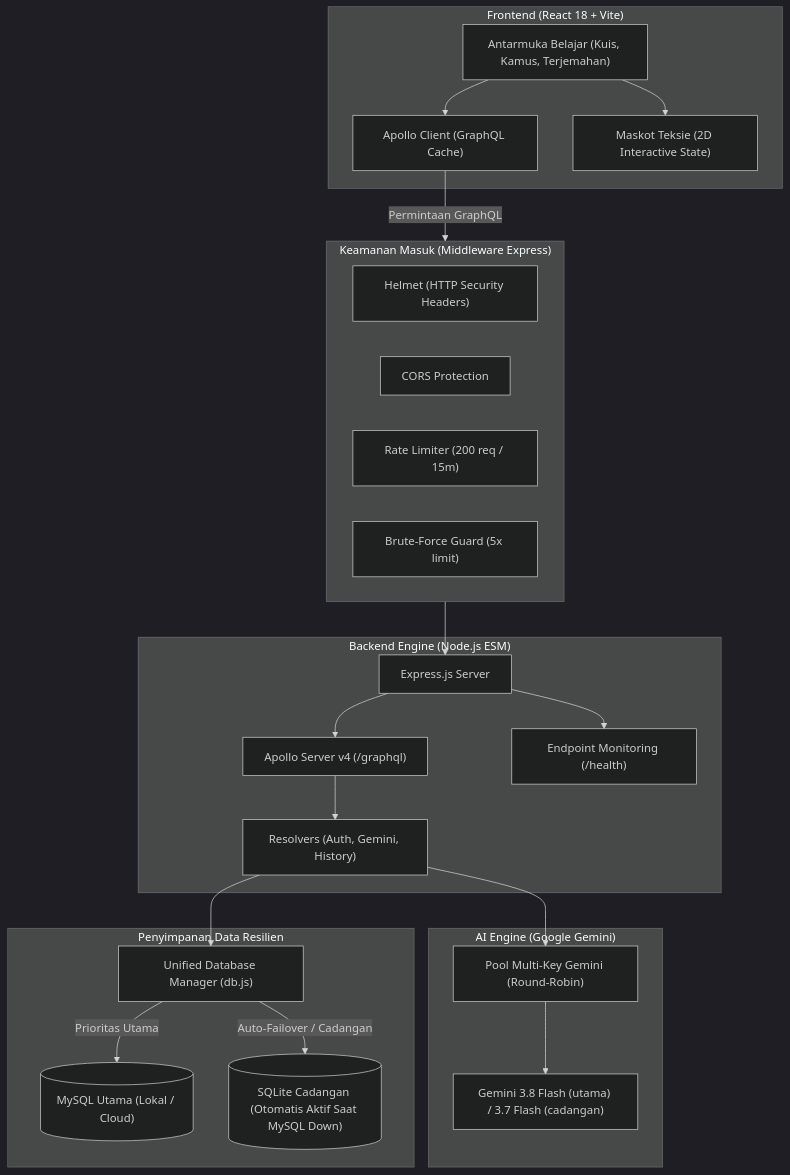
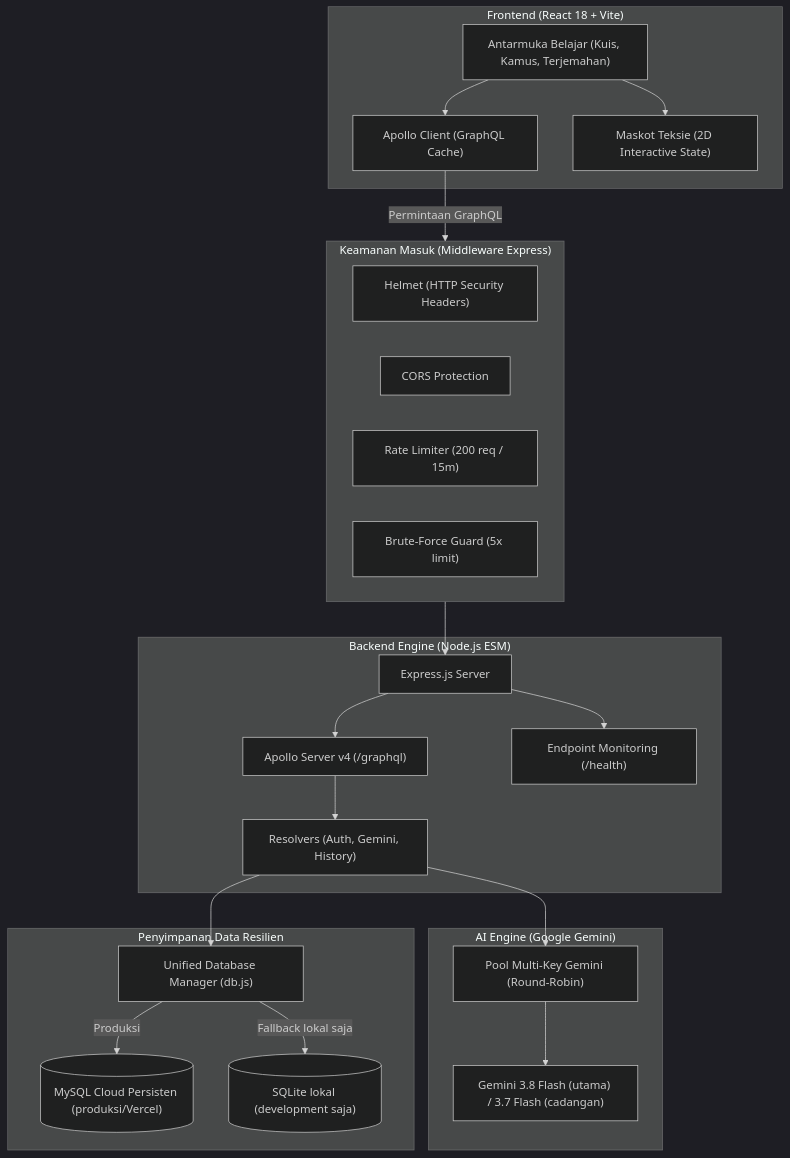
One commit to SlmAlhdr/pahamteks changed the diagram in docs/ARCHITECTURE.md. Above: the diagram before and after it, drawn with Mermaid (dark theme). The commit also changed other lines of this file and 7 other files, not shown here.

Commit message:
fix(db): prevent Vercel account loss on ephemeral fallback

````diff
--- a/docs/ARCHITECTURE.md
+++ b/docs/ARCHITECTURE.md
@@ -9,48 +9,48 @@
 ```mermaid
 flowchart TD
     subgraph Client ["Frontend (React 18 + Vite)"]
         UI["Antarmuka Belajar (Kuis, Kamus, Terjemahan)"]
         Apollo["Apollo Client (GraphQL Cache)"]
         Mascot["Maskot Teksie (2D Interactive State)"]
         UI --> Apollo
         UI --> Mascot
     end
 
     subgraph Security ["Keamanan Masuk (Middleware Express)"]
         Helmet["Helmet (HTTP Security Headers)"]
         CORS["CORS Protection"]
         RateLimit["Rate Limiter (200 req / 15m)"]
         BruteGuard["Brute-Force Guard (5x limit)"]
     end
 
     subgraph Backend ["Backend Engine (Node.js ESM)"]
         Express["Express.js Server"]
         GraphQL["Apollo Server v4 (/graphql)"]
         HealthEndpoint["Endpoint Monitoring (/health)"]
         Resolvers["Resolvers (Auth, Gemini, History)"]
         
         Express --> GraphQL
         Express --> HealthEndpoint
         GraphQL --> Resolvers
     end
 
     subgraph AI ["AI Engine (Google Gemini)"]
         KeyPool["Pool Multi-Key Gemini (Round-Robin)"]
         GeminiAPI["Gemini 3.8 Flash (utama) / 3.7 Flash (cadangan)"]
         KeyPool --> GeminiAPI
     end
 
     subgraph DataLayer ["Penyimpanan Data Resilien"]
         DBManager["Unified Database Manager (db.js)"]
-        MySQL[("MySQL Utama (Lokal / Cloud)")]
-        SQLite[("SQLite Cadangan (Otomatis Aktif Saat MySQL Down)")]
+        MySQL[("MySQL Cloud Persisten (produksi/Vercel)")]
+        SQLite[("SQLite lokal (development saja)")]
         
-        DBManager -->|Prioritas Utama| MySQL
-        DBManager -->|Auto-Failover / Cadangan| SQLite
+        DBManager -->|Produksi| MySQL
+        DBManager -->|Fallback lokal saja| SQLite
     end
 
     Apollo -->|Permintaan GraphQL| Security
     Security --> Express
     Resolvers --> KeyPool
     Resolvers --> DBManager
 ```
````
